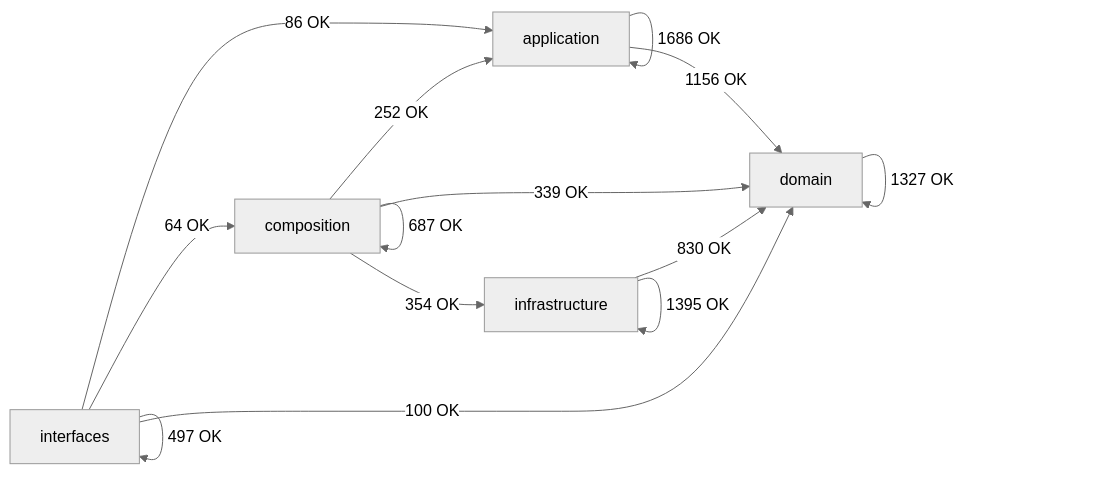
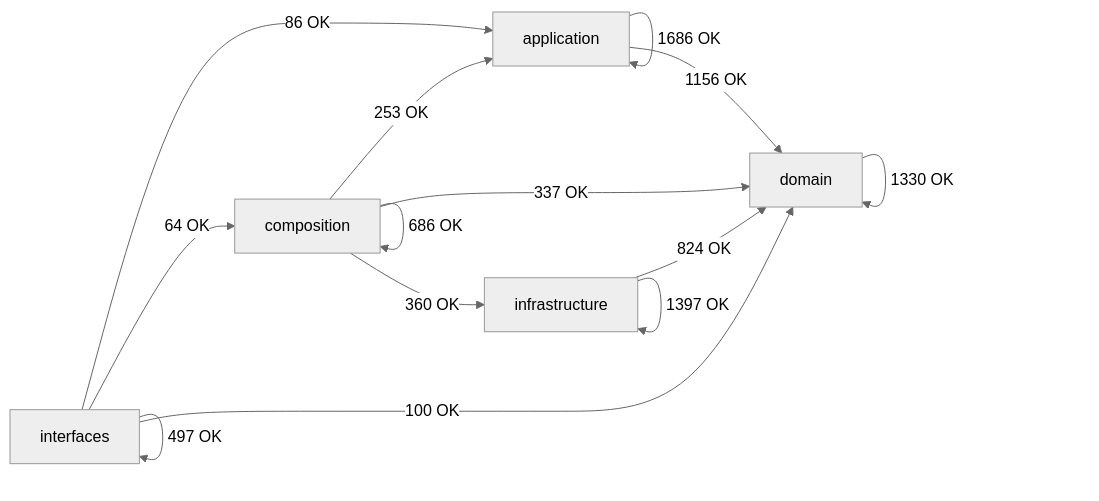
The diagram in docs/02-architecture/generated/module-dependency-map.md (SatoryKono/BioactivityDataAcquisition), drawn with Mermaid (neutral theme) before and after one commit. The commit also changed other lines of this file and 132 other files, not shown here.

````diff
--- a/docs/02-architecture/generated/module-dependency-map.md
+++ b/docs/02-architecture/generated/module-dependency-map.md
@@ -17,21 +17,21 @@
 ```mermaid
 flowchart LR
     domain[domain]
     application[application]
     infrastructure[infrastructure]
     composition[composition]
     interfaces[interfaces]
     application -->|1686 OK| application
     application -->|1156 OK| domain
-    composition -->|252 OK| application
-    composition -->|687 OK| composition
-    composition -->|339 OK| domain
-    composition -->|354 OK| infrastructure
-    domain -->|1327 OK| domain
-    infrastructure -->|830 OK| domain
-    infrastructure -->|1395 OK| infrastructure
+    composition -->|253 OK| application
+    composition -->|686 OK| composition
+    composition -->|337 OK| domain
+    composition -->|360 OK| infrastructure
+    domain -->|1330 OK| domain
+    infrastructure -->|824 OK| domain
+    infrastructure -->|1397 OK| infrastructure
     interfaces -->|86 OK| application
     interfaces -->|64 OK| composition
     interfaces -->|100 OK| domain
     interfaces -->|497 OK| interfaces
 ```
````
